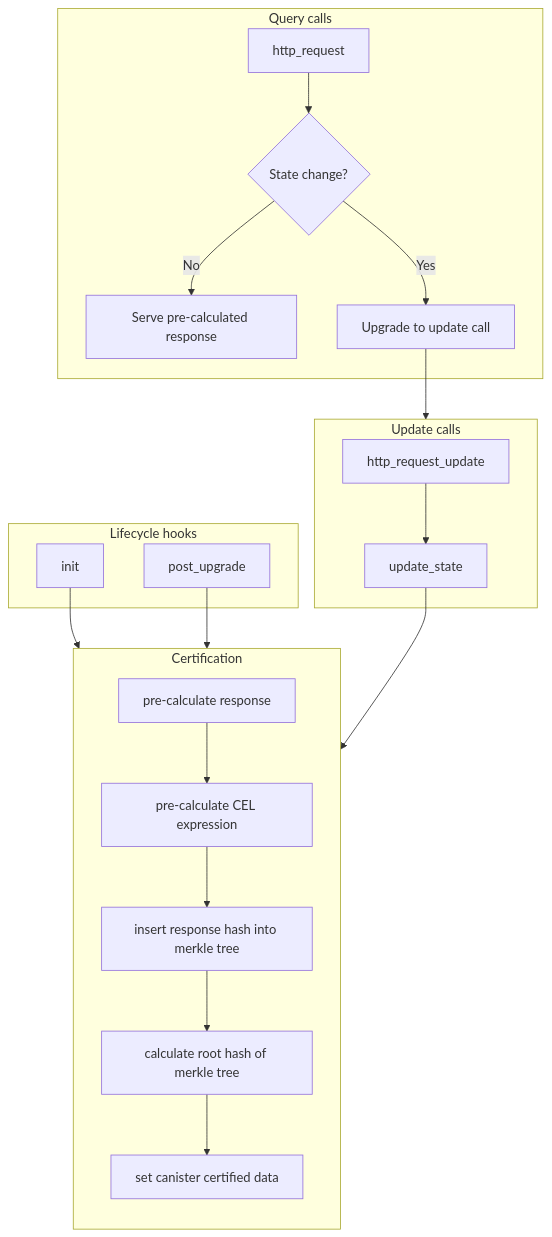
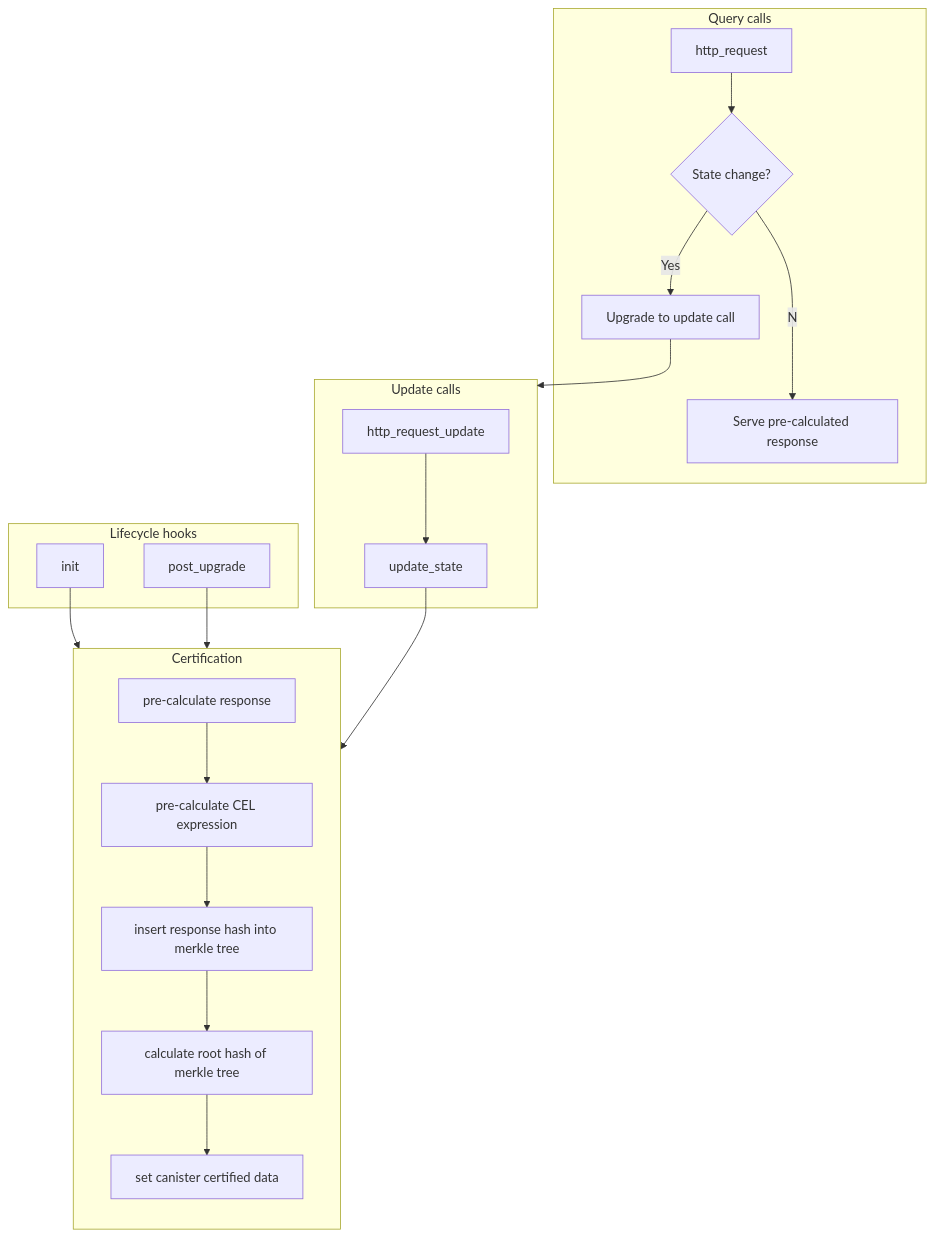
The second of 2 diagrams in README.md (dfinity/response-verification), drawn with Mermaid before and after one commit. The commit also changed other lines of this file, not shown here.

Commit message:
docs: fix mermaid diagram

````diff
--- a/README.md
+++ b/README.md
@@ -132,45 +132,45 @@
 ```mermaid
 flowchart TB;
   subgraph lifecycle_hooks[Lifecycle hooks]
     init;
     post_upgrade;
   end
-  init --> certification;
-  post_upgrade --> certification;
+  init-->certification;
+  post_upgrade-->certification;
 
   subgraph query_calls[Query calls]
     http_request;
     should_upgrade{State change?};
     serve_response[Serve pre-calculated response];
     upgrade[Upgrade to update call];
 
-    http_request --> should_upgrade;
-    should_upgrade -- No --> serve_response;
-    should_upgrade -- Yes --> upgrade;
+    http_request-->should_upgrade;
+    should_upgrade -- No-->serve_response;
+    should_upgrade -- Yes-->upgrade;
   end
-  upgrade --> update_calls;
+  upgrade-->update_calls;
 
   subgraph update_calls[Update calls]
     http_request_update;
     update_state;
 
-    http_request_update --> update_state;
+    http_request_update-->update_state;
   end
-  update_state --> certification;
+  update_state-->certification;
 
   subgraph certification[Certification]
     direction TB;
 
     certification_step_one[pre-calculate response];
     certification_step_two[pre-calculate CEL expression];
     certification_step_three[pre-calculate certification];
 
     certification_step_one[pre-calculate response];
     certification_step_two[pre-calculate CEL expression];
     certification_step_three[insert response hash into merkle tree];
     certification_step_four[calculate root hash of merkle tree];
-    certification_step_five[set canister certified data]
+    certification_step_five[set canister certified data];
 
-    certification_step_one --> certification_step_two --> certification_step_three --> certification_step_four --> certification_step_five;
+    certification_step_one-->certification_step_two-->certification_step_three-->certification_step_four-->certification_step_five;
   end
 ```
````
